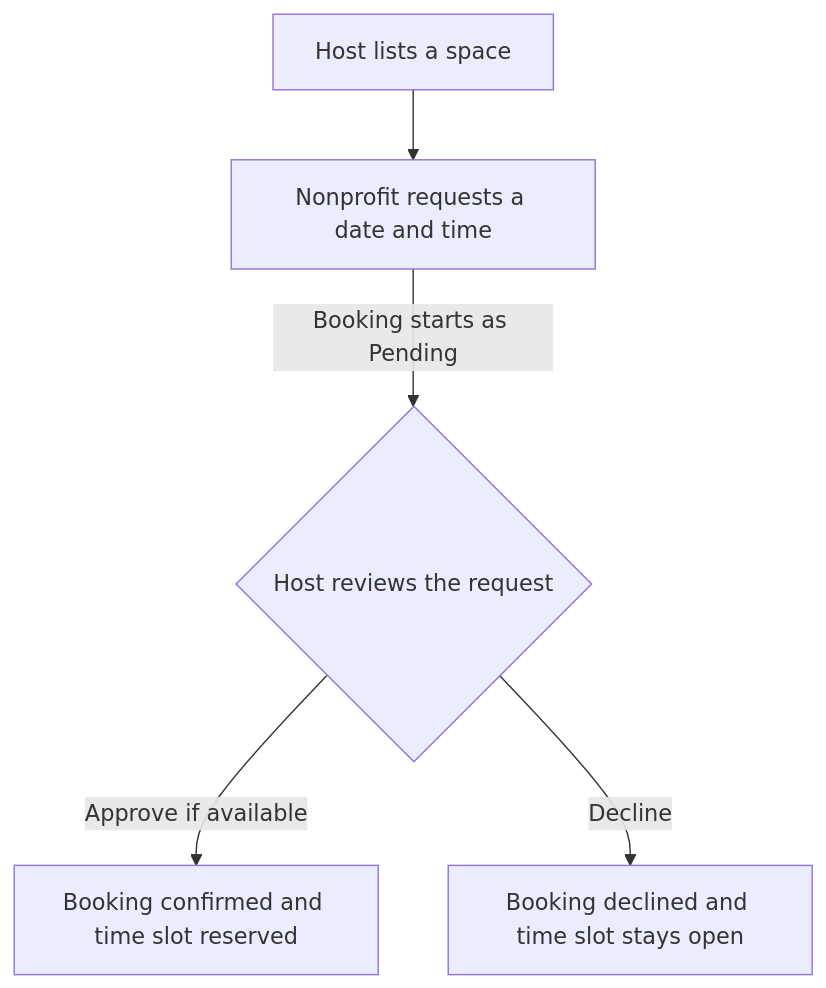
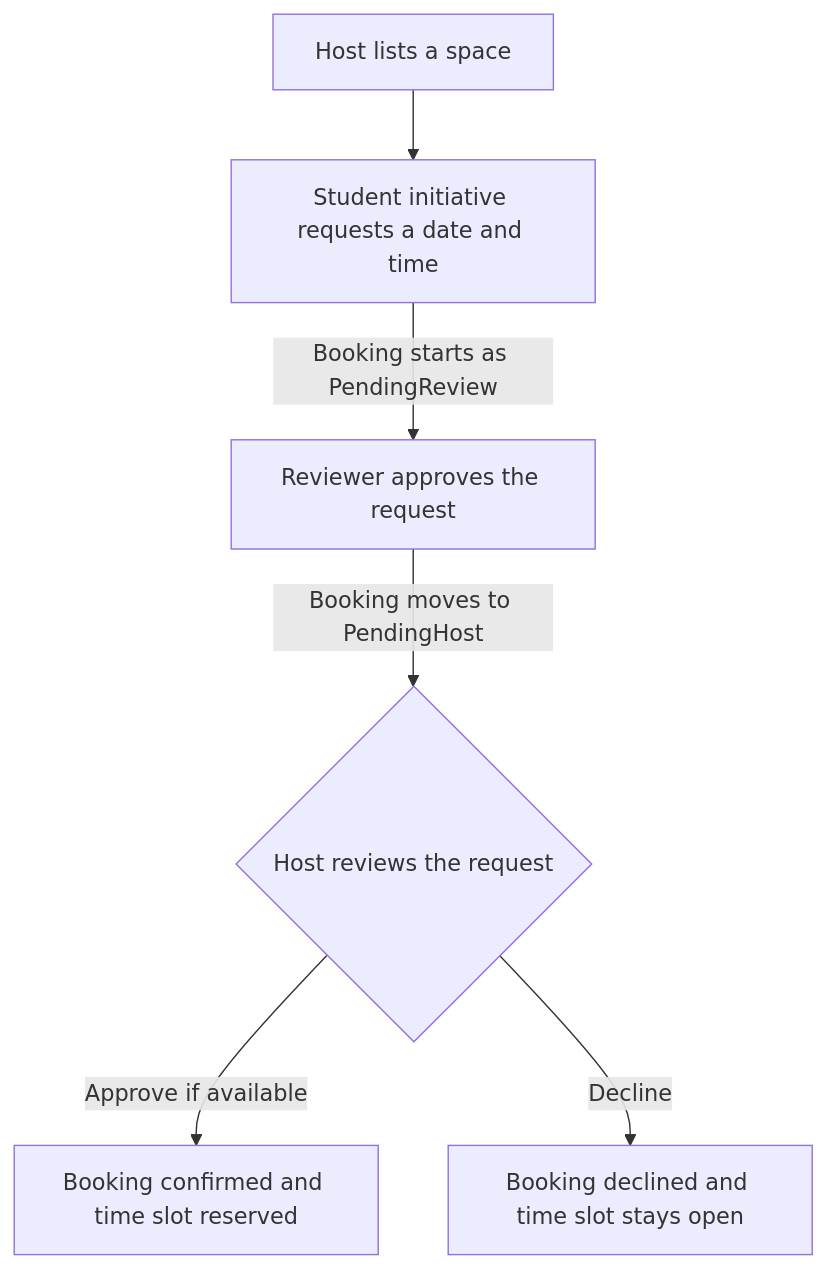
One commit to sejalthatipamula/youthsapcefinder changed the diagram in host-workflow.md. Above: the diagram before and after it, drawn with Mermaid. The commit also changed other lines of this file and 9 other files, not shown here.

Commit message:
Add Student, Reviewer, Admin workflows and data models

````diff
--- a/host-workflow.md
+++ b/host-workflow.md
@@ -2,13 +7,15 @@
 ```mermaid
 flowchart TD
     A["Host lists a space"]
-    B["Nonprofit requests a date and time"]
+    B["Student initiative requests a date and time"]
+    R["Reviewer approves the request"]
     C{"Host reviews the request"}
     D["Booking confirmed and time slot reserved"]
     E["Booking declined and time slot stays open"]
 
     A --> B
-    B -->|Booking starts as Pending| C
+    B -->|Booking starts as PendingReview| R
+    R -->|Booking moves to PendingHost| C
     C -->|Approve if available| D
     C -->|Decline| E
 ```
````
